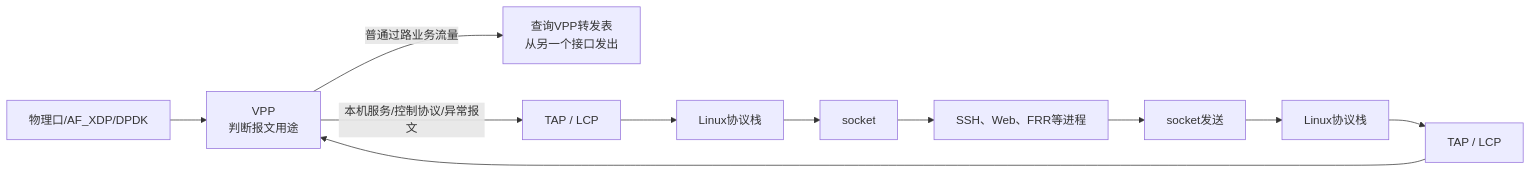
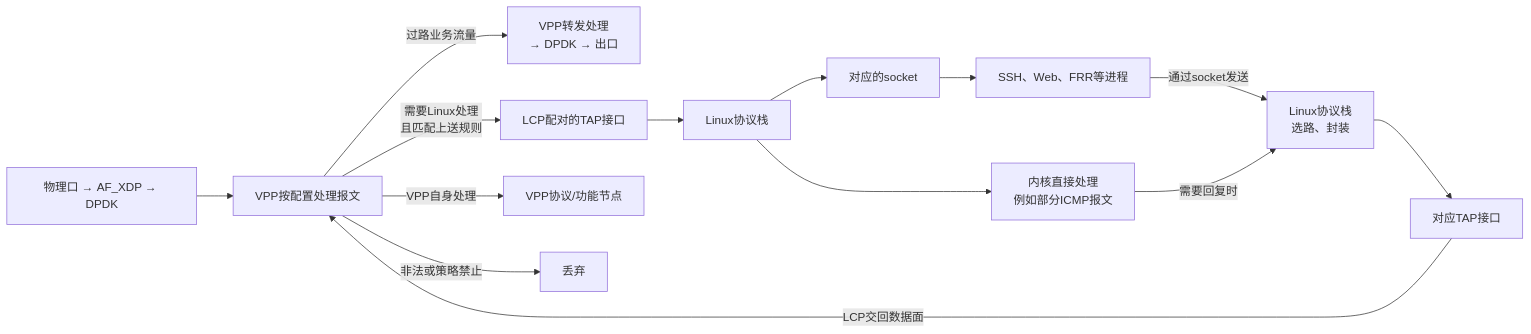
Before and after one commit to InfinitePersistence/supreme-octo-meme: the third of 8 diagrams in 网络相关/VPP架构.md, drawn with Mermaid. The commit also changed other lines of this file and 2 other files, not shown here.

Commit message:
笔记稍微修改了一点

````diff
--- a/网络相关/VPP架构.md
+++ b/网络相关/VPP架构.md
@@ -392,16 +392,19 @@
 ```mermaid
 flowchart LR
-    IN["物理口/AF_XDP/DPDK"] --> VPP["VPP<br/>判断报文用途"]
+    IN["物理口 → AF_XDP → DPDK"] --> VPP["VPP按配置处理报文"]
 
-    VPP -->|"普通过路业务流量"| OUT["查询VPP转发表<br/>从另一个接口发出"]
+    VPP -->|"过路业务流量"| OUT["VPP转发处理<br/>→ DPDK → 出口"]
+    VPP -->|"需要Linux处理<br/>且匹配上送规则"| TAP["LCP配对的TAP接口"]
+    VPP -->|"VPP自身处理"| LOCAL["VPP协议/功能节点"]
+    VPP -->|"非法或策略禁止"| DROP["丢弃"]
 
-    VPP -->|"本机服务/控制协议/异常报文"| TAP["TAP / LCP"]
     TAP --> LINUX["Linux协议栈"]
-    LINUX --> SOCK["socket"]
+    LINUX --> SOCK["对应的socket"]
     SOCK --> APP["SSH、Web、FRR等进程"]
+    LINUX --> KERNEL["内核直接处理<br/>例如部分ICMP报文"]
 
-    APP --> SOCK2["socket发送"]
-    SOCK2 --> LINUX2["Linux协议栈"]
-    LINUX2 --> TAP2["TAP / LCP"]
-    TAP2 --> VPP
+    APP -->|"通过socket发送"| LINUX2["Linux协议栈<br/>选路、封装"]
+    KERNEL -->|"需要回复时"| LINUX2
+    LINUX2 --> TAP2["对应TAP接口"]
+    TAP2 -->|"LCP交回数据面"| VPP
 ```
````
